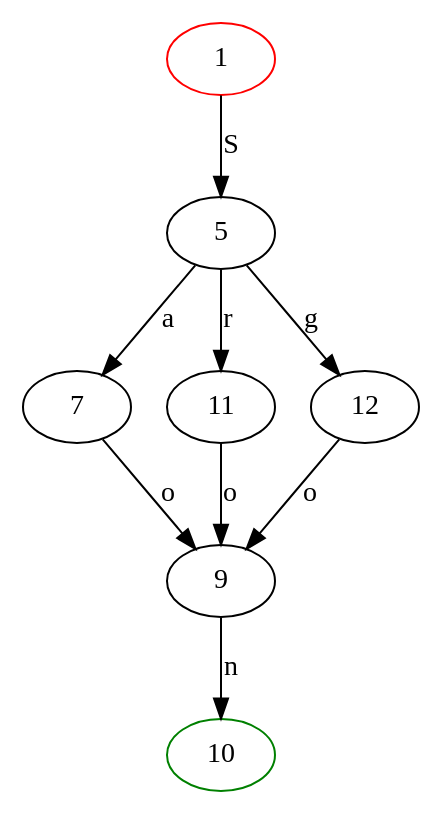
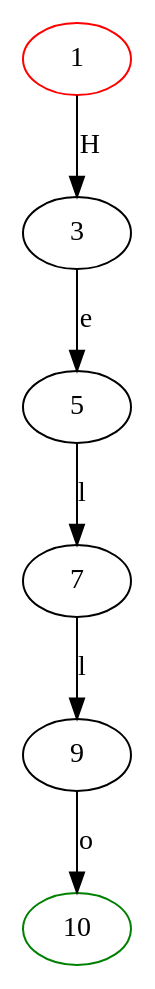
The diagram in tme1/regex/reducedAutomate.dot (aboubacardiawara/DAAR), drawn with Graphviz before and after one commit. The commit also changed 5 other files, not shown here.

```diff
--- a/tme1/regex/reducedAutomate.dot
+++ b/tme1/regex/reducedAutomate.dot
@@ -1,13 +1,10 @@
 digraph {
 	1 [color="red"]
-	1 -> 5 [label="S"]
-	5 -> 7 [label="a"]
-	7 -> 9 [label="o"]
+	1 -> 3 [label="H"]
+	3 -> 5 [label="e"]
+	5 -> 7 [label="l"]
+	7 -> 9 [label="l"]
 	10 [color="green"]
-	9 -> 10 [label="n"]
+	9 -> 10 [label="o"]
 	10 [color="green"]
-	5 -> 11 [label="r"]
-	11 -> 9 [label="o"]
-	5 -> 12 [label="g"]
-	12 -> 9 [label="o"]
 }
```
